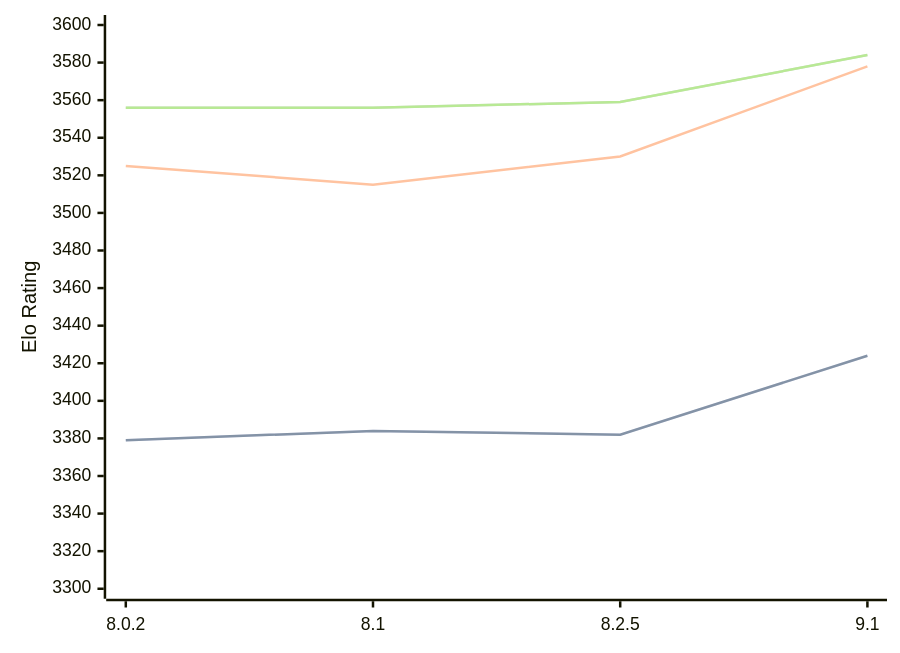
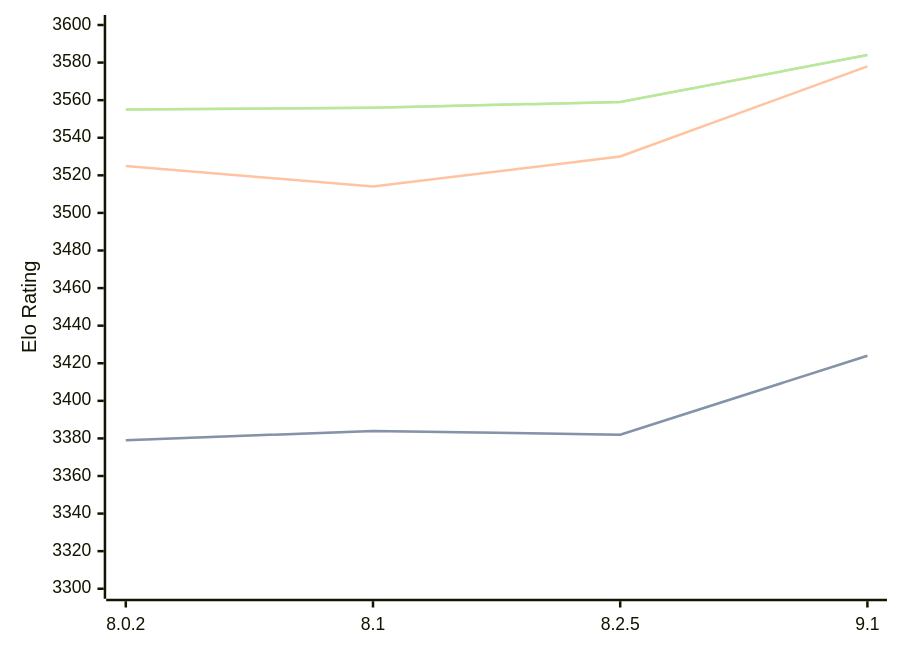
Before and after one commit to computer-chess-index/cci: the diagram in engines/Clover.md, drawn with Mermaid. The commit also changed other lines of this file, not shown here.

Commit message:
Update CCI Ratings (ELO VLTC) - 2026-03-05

````diff
--- a/engines/Clover.md
+++ b/engines/Clover.md
@@ -62,11 +62,11 @@
 ```mermaid
 %%{init: {"theme":"base","themeVariables":{"seriesColors:['#a3a3a3','#222221','#faa371']}}}%%
 xychart-beta
   x-axis ["8.0.2", "8.1", "8.2.5", "9.1"]
   y-axis "Elo Rating" 3300 --> 3600
   line "STC (8.0+0.08s)" [3379, 3384, 3382, 3424]
   line "STC (8.0+0.08s)" [3379, 3384, 3382, 3424]
-  line "LTC (60.0+0.60s)" [3525, 3515, 3530, 3578]
-  line "VLTC (2m24s+1.12s)" [3556, 3556, 3559, 3584]
-  line "VLTC (2m24s+1.12s)" [3556, 3556, 3559, 3584]
+  line "LTC (60.0+0.60s)" [3525, 3514, 3530, 3578]
+  line "VLTC (2m24s+1.12s)" [3555, 3556, 3559, 3584]
+  line "VLTC (2m24s+1.12s)" [3555, 3556, 3559, 3584]
 ```
````
